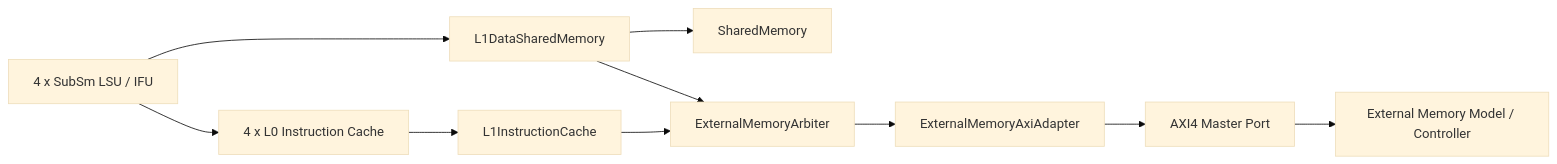
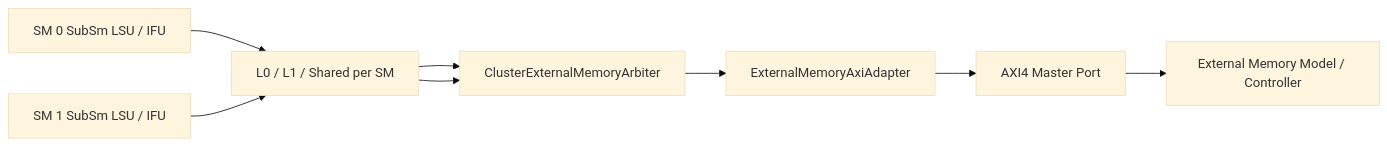
One commit to lastweek/SpinalGPU changed the third of 4 diagrams in docs/architecture.md. Above: the diagram before and after it, drawn with Mermaid (base theme). The commit also changed other lines of this file and 34 other files, not shown here.

````diff
--- a/docs/architecture.md
+++ b/docs/architecture.md
@@ -205,17 +207,14 @@
 ```mermaid
 flowchart LR
-  SUBS[4 x SubSm LSU / IFU]
-  L0I[4 x L0 Instruction Cache]
-  L1I[L1InstructionCache]
-  L1D[L1DataSharedMemory]
-  SHMEM[SharedMemory]
-  ARB[ExternalMemoryArbiter]
+  SM0[SM 0 SubSm LSU / IFU]
+  SM1[SM 1 SubSm LSU / IFU]
+  L0I[L0 / L1 / Shared per SM]
+  ARB[ClusterExternalMemoryArbiter]
   AXIADAPT[ExternalMemoryAxiAdapter]
   AXI[AXI4 Master Port]
   MEM[External Memory Model / Controller]
 
-  SUBS --> L0I --> L1I --> ARB
-  SUBS --> L1D --> SHMEM
-  L1D --> ARB
+  SM0 --> L0I --> ARB
+  SM1 --> L0I --> ARB
   ARB --> AXIADAPT --> AXI --> MEM
 ```
````
